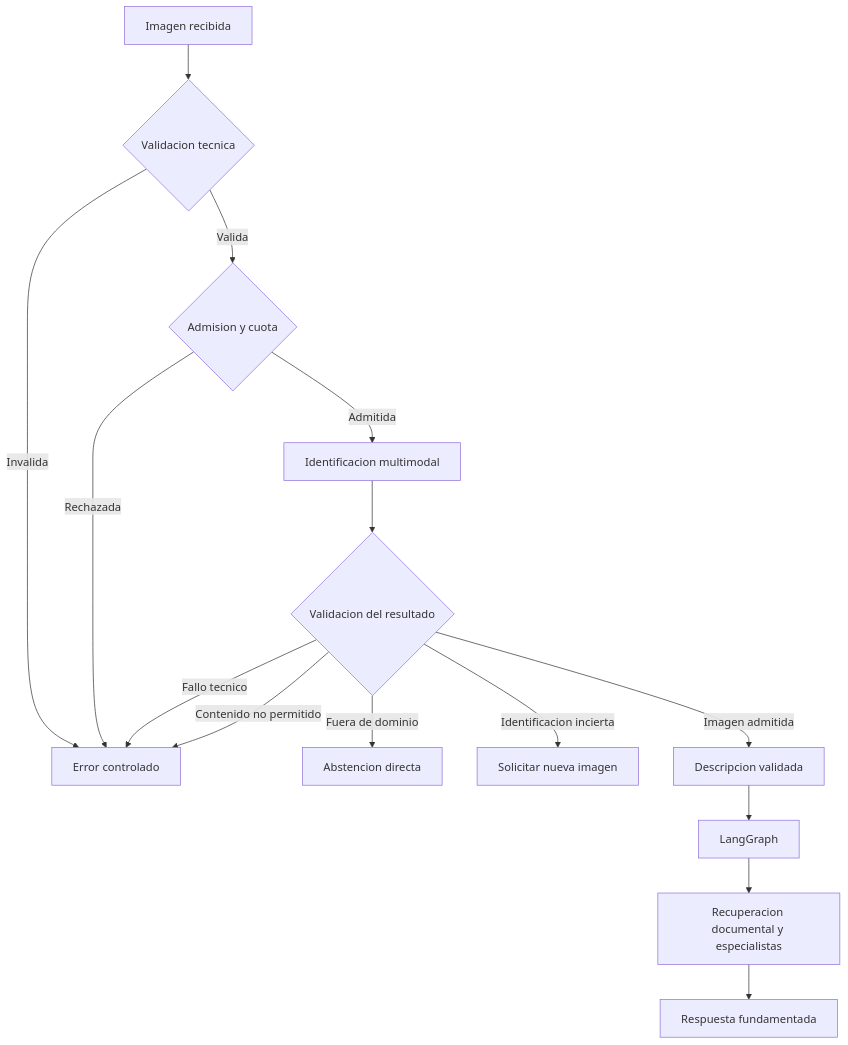
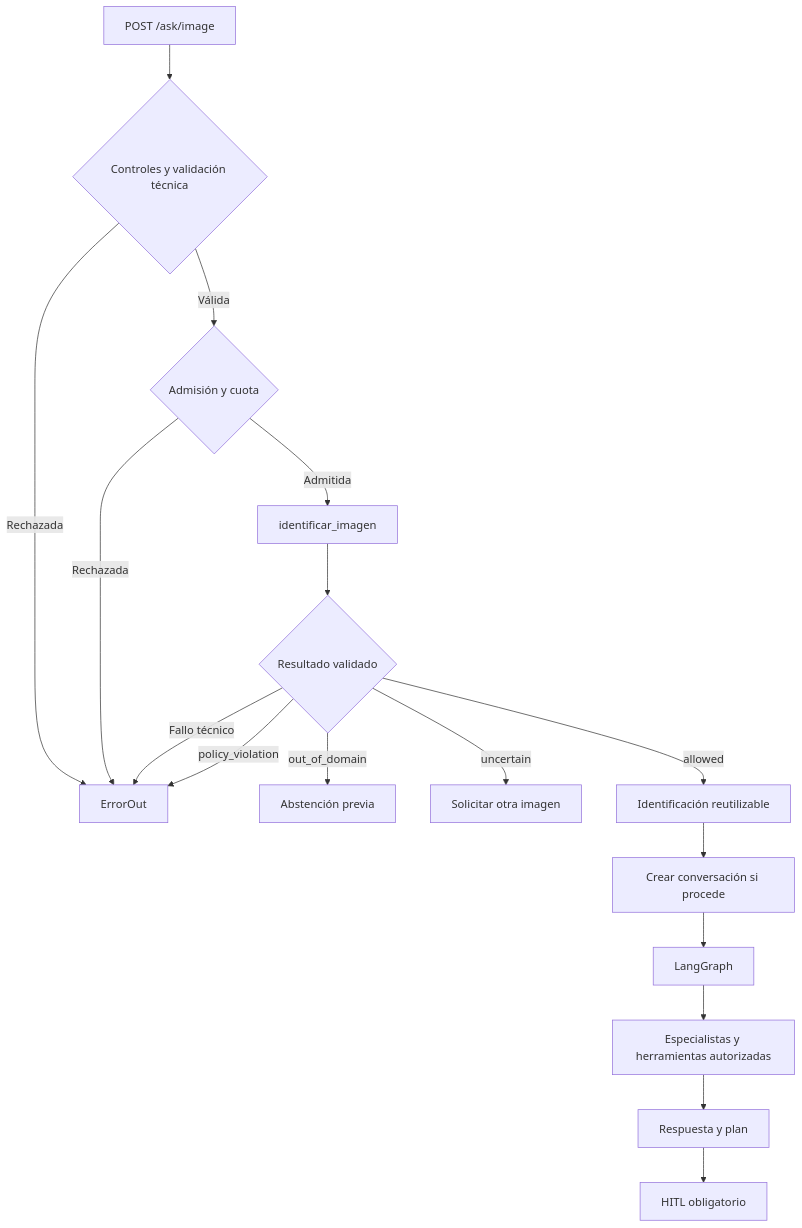
Before and after one commit to alex-bometon/pb03_equipo18: the second of 2 diagrams in specs/05-tools.md, drawn with Mermaid. The commit also changed other lines of this file and 1 other file, not shown here.

Commit message:
docs: correcciones tras toma de decisiones en specs del núcleo del asistente

````diff
--- a/specs/05-tools.md
+++ b/specs/05-tools.md
@@ -464,17 +892,19 @@
 ```mermaid
 flowchart TD
-    I[Imagen recibida] --> V{Validacion tecnica}
-    V -->|Invalida| E[Error controlado]
-    V -->|Valida| A{Admision y cuota}
+    I[POST /ask/image] --> V{Controles y validación técnica}
+    V -->|Rechazada| E[ErrorOut]
+    V -->|Válida| A{Admisión y cuota}
     A -->|Rechazada| E
-    A -->|Admitida| M[Identificacion multimodal]
-    M --> C{Validacion del resultado}
-    C -->|Fallo tecnico| E
-    C -->|Contenido no permitido| E
-    C -->|Fuera de dominio| O[Abstencion directa]
-    C -->|Identificacion incierta| Q[Solicitar nueva imagen]
-    C -->|Imagen admitida| D[Descripcion validada]
-    D --> G[LangGraph]
-    G --> R[Recuperacion documental y especialistas]
-    R --> S[Respuesta fundamentada]
+    A -->|Admitida| M[identificar_imagen]
+    M --> C{Resultado validado}
+    C -->|Fallo técnico| E
+    C -->|policy_violation| E
+    C -->|out_of_domain| O[Abstención previa]
+    C -->|uncertain| Q[Solicitar otra imagen]
+    C -->|allowed| D[Identificación reutilizable]
+    D --> N[Crear conversación si procede]
+    N --> G[LangGraph]
+    G --> R[Especialistas y herramientas autorizadas]
+    R --> S[Respuesta y plan]
+    S --> H[HITL obligatorio]
 ```
````
